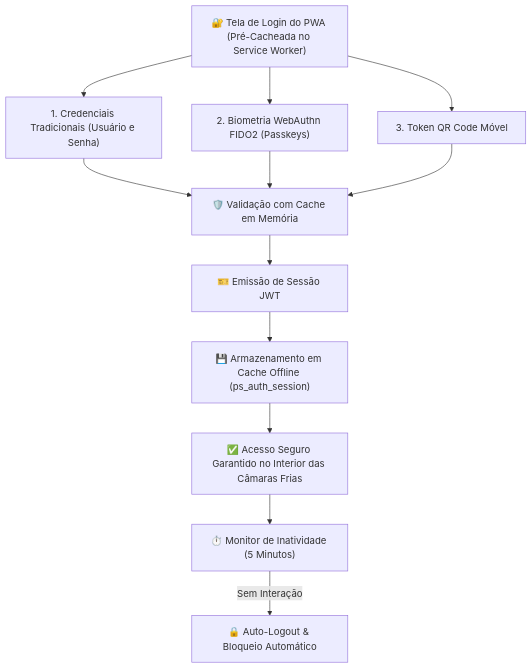
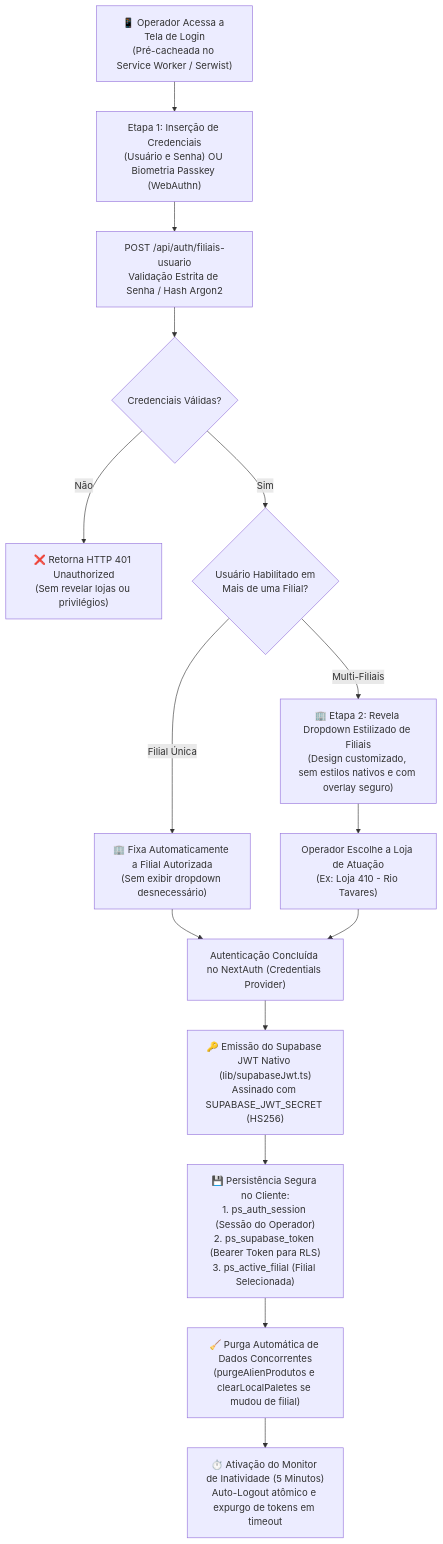
One commit to NaejBarbosa/paletscan-etl changed the first of 5 diagrams in docs/pwa-auth-permissoes.md. Above: the diagram before and after it, drawn with Mermaid. The commit also changed other lines of this file and 5 other files, not shown here.

Commit message:
docs(pwa): atualizar documentação com RLS Supabase, restrição de marcas, RBAC multi-filial e diagramas verticais

````diff
--- a/docs/pwa-auth-permissoes.md
+++ b/docs/pwa-auth-permissoes.md
@@ -11,19 +11,31 @@
 ```mermaid
 flowchart TD
-    LOGIN["🔐 Tela de Login do PWA (Pré-Cacheada no Service Worker)"]
-
-    LOGIN --> M1["1. Credenciais Tradicionais (Usuário e Senha)"]
-    LOGIN --> M2["2. Biometria WebAuthn FIDO2 (Passkeys)"]
-    LOGIN --> M3["3. Token QR Code Móvel"]
-
-    M1 --> AUTH["🛡️ Validação com Cache em Memória"]
-    M2 --> AUTH
-    M3 --> AUTH
-
-    AUTH --> JWT["🎫 Emissão de Sessão JWT"]
-    JWT --> CACHE["💾 Armazenamento em Cache Offline (ps_auth_session)"]
-    CACHE --> OK["✅ Acesso Seguro Garantido no Interior das Câmaras Frias"]
-
-    OK --> INACT["⏱️ Monitor de Inatividade (5 Minutos)"]
-    INACT -->|Sem Interação| LOGOUT["🔒 Auto-Logout & Bloqueio Automático"]
+    START["📱 Operador Acessa a Tela de Login\n(Pré-cacheada no Service Worker / Serwist)"]
+    
+    START --> STEP1["Etapa 1: Inserção de Credenciais\n(Usuário e Senha) OU Biometria Passkey (WebAuthn)"]
+    
+    STEP1 --> VAL_CREDS["POST /api/auth/filiais-usuario\nValidação Estrita de Senha / Hash Argon2"]
+    
+    VAL_CREDS --> PASS_CHECK{"Credenciais Válidas?"}
+    
+    PASS_CHECK -->|Não| ERR_AUTH["❌ Retorna HTTP 401 Unauthorized\n(Sem revelar lojas ou privilégios)"]
+    
+    PASS_CHECK -->|Sim| BRANCH_CHECK{"Usuário Habilitado em\nMais de uma Filial?"}
+    
+    BRANCH_CHECK -->|Filial Única| AUTO_BRANCH["🏢 Fixa Automaticamente a Filial Autorizada\n(Sem exibir dropdown desnecessário)"]
+    
+    BRANCH_CHECK -->|Multi-Filiais| SHOW_BRANCH["🏢 Etapa 2: Revela Dropdown Estilizado de Filiais\n(Design customizado, sem estilos nativos e com overlay seguro)"]
+    
+    SHOW_BRANCH --> USER_SELECT["Operador Escolhe a Loja de Atuação\n(Ex: Loja 410 - Rio Tavares)"]
+    
+    AUTO_BRANCH --> SIGN_NEXTAUTH["Autenticação Concluída no NextAuth (Credentials Provider)"]
+    USER_SELECT --> SIGN_NEXTAUTH
+    
+    SIGN_NEXTAUTH --> GEN_JWT["🔑 Emissão do Supabase JWT Nativo (lib/supabaseJwt.ts)\nAssinado com SUPABASE_JWT_SECRET (HS256)"]
+    
+    GEN_JWT --> SAVE_STORAGE["💾 Persistência Segura no Cliente:\n1. ps_auth_session (Sessão do Operador)\n2. ps_supabase_token (Bearer Token para RLS)\n3. ps_active_filial (Filial Selecionada)"]
+    
+    SAVE_STORAGE --> PURGE_LOCAL["🧹 Purga Automática de Dados Concorrentes\n(purgeAlienProdutos e clearLocalPaletes se mudou de filial)"]
+    
+    PURGE_LOCAL --> INACT_TIMER["⏱️ Ativação do Monitor de Inatividade (5 Minutos)\nAuto-Logout atômico e expurgo de tokens em timeout"]
 ```
````
